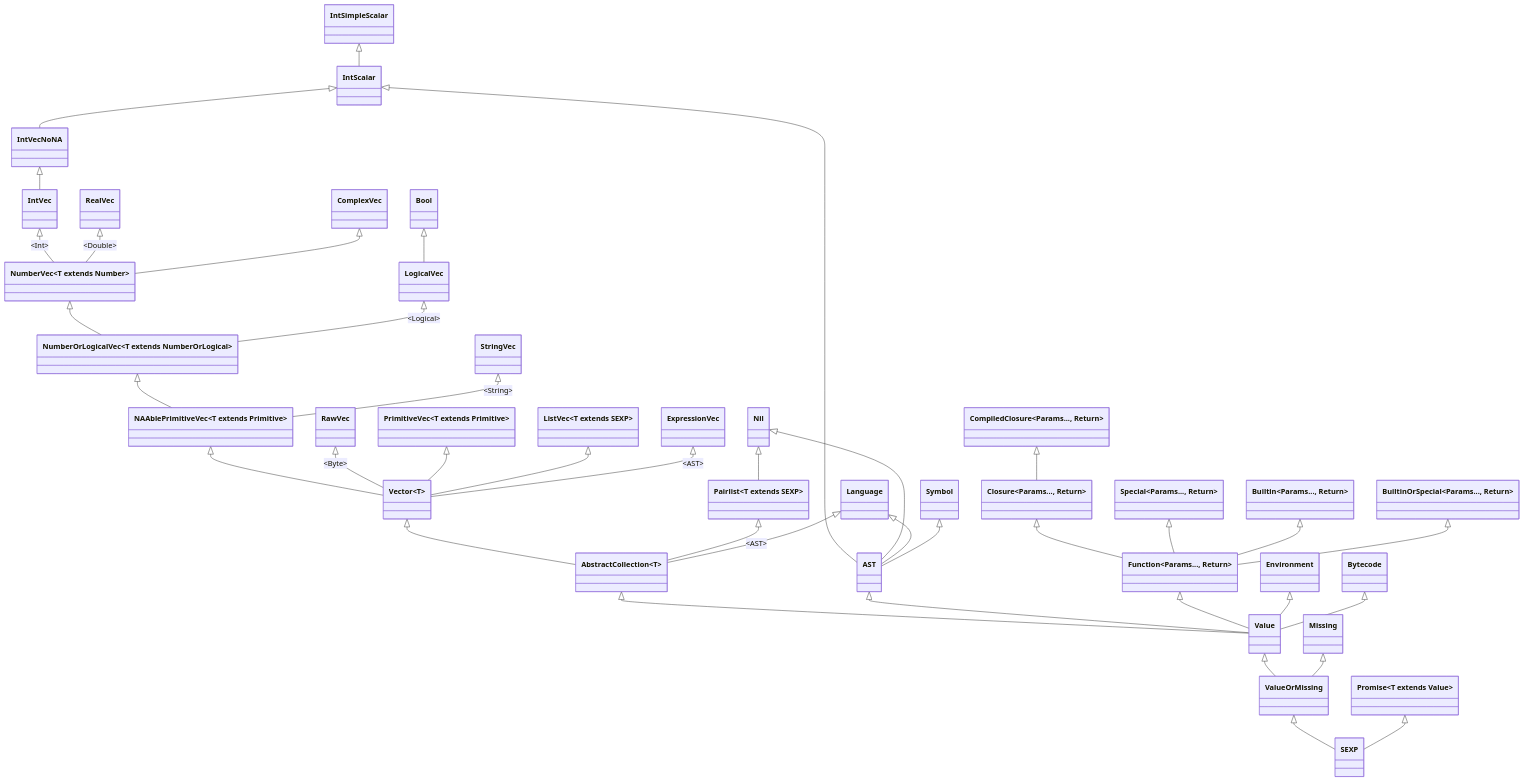
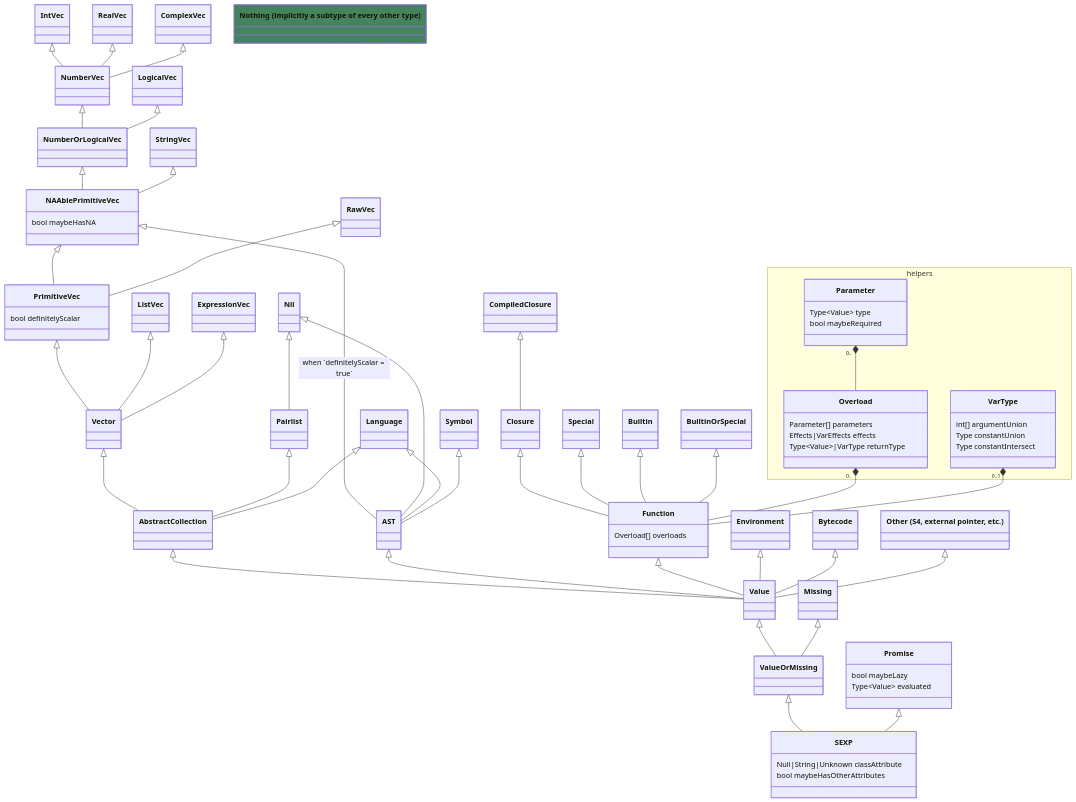
The second of 2 diagrams in doc/ir-spec.md (PRL-PRG/r-compile-server), drawn with Mermaid before and after one commit. The commit also changed other lines of this file and 1 other file, not shown here.

````diff
--- a/doc/ir-spec.md
+++ b/doc/ir-spec.md
@@ -180,64 +180,87 @@
 ```mermaid
 classDiagram
-    class Bool
-    class IntSimpleScalar
-    class IntScalar
-    class IntVecNoNA
     class IntVec
     class RealVec
     class ComplexVec
-    class NumberVec~T extends Number~
+    class Nothing["Nothing (implicitly a subtype of every other type)"]
+    style Nothing fill:#448260
+    class NumberVec
     class LogicalVec
-    class NumberOrLogicalVec~T extends NumberOrLogical~
+    class NumberOrLogicalVec
     class StringVec
-    class NAAblePrimitiveVec~T extends Primitive~
+    class NAAblePrimitiveVec {
+        bool maybeHasNA
+    }
     class RawVec
-    class PrimitiveVec~T extends Primitive~
-    class ListVec~T extends SEXP~
+    class PrimitiveVec {
+        bool definitelyScalar
+    }
+    class ListVec
     class ExpressionVec
-    class Vector~T~
+    class Vector
     class Nil
-    class Pairlist~T extends SEXP~
+    class Pairlist
     class Language
-    class AbstractCollection~T~
+    class AbstractCollection
     class Symbol
     class AST
-    class CompiledClosure~Params..., Return~
-    class Closure~Params..., Return~
-    class Builtin~Params..., Return~
-    class Special~Params..., Return~
-    class BuiltinOrSpecial~Params..., Return~
-    class Function~Params..., Return~
+    class CompiledClosure
+    class Closure
+    class Builtin
+    class Special
+    class BuiltinOrSpecial
+    class Function {
+        Overload[] overloads
+    }
     class Environment
     class Bytecode
+    class Other["Other (S4, external pointer, etc.)"]
     class Value
     class Missing
     class ValueOrMissing
-    class Promise~T extends Value~
-    class SEXP
+    class Promise {
+        bool maybeLazy
+        Type~Value~ evaluated
+    }
+    class SEXP {
+        Null|String|Unknown classAttribute
+        bool maybeHasOtherAttributes
+    }
+    namespace helpers {
+        class Overload {
+            Parameter[] parameters
+            Effects|VarEffects effects
+            Type~Value~|VarType returnType
+        }
+        class Parameter {
+            Type~Value~ type
+            bool maybeRequired
+        }
+        class VarType {
+            int[] argumentUnion
+            Type constantUnion
+            Type constantIntersect
+        }
+    }
 
-    Bool <|-- LogicalVec
-    IntSimpleScalar <|-- IntScalar
-    IntScalar <|-- IntVecNoNA
-    IntVecNoNA <|-- IntVec
-    IntVec <|-- NumberVec : &ltInt&gt
-    RealVec <|-- NumberVec : &ltDouble&gt
+    IntVec <|-- NumberVec
+    RealVec <|-- NumberVec
     ComplexVec <|-- NumberVec
     NumberVec <|-- NumberOrLogicalVec
-    LogicalVec <|-- NumberOrLogicalVec : &ltLogical&gt
+    LogicalVec <|-- NumberOrLogicalVec
     NumberOrLogicalVec <|-- NAAblePrimitiveVec
-    StringVec <|-- NAAblePrimitiveVec : &ltString&gt
-    NAAblePrimitiveVec <|-- Vector
-    RawVec <|-- Vector : &ltByte&gt
+    StringVec <|-- NAAblePrimitiveVec
+    NAAblePrimitiveVec <|-- PrimitiveVec
+    RawVec <|-- PrimitiveVec
     PrimitiveVec <|-- Vector
     ListVec <|-- Vector
-    ExpressionVec <|-- Vector : &ltAST&gt
+    ExpressionVec <|-- Vector
     Vector <|-- AbstractCollection
     Nil <|-- Pairlist
     Pairlist <|-- AbstractCollection
-    Language <|-- AbstractCollection : &ltAST&gt
+    Language <|-- AbstractCollection
     AbstractCollection <|-- Value
-    IntScalar <|-- AST
+    NAAblePrimitiveVec <|-- AST : when `definitelyScalar = true`
     Nil <|-- AST
     Language <|-- AST
     Symbol <|-- AST
@@ -250,9 +273,13 @@
     Function <|-- Value
     Environment <|-- Value
     Bytecode <|-- Value
+    Other <|-- Value
     Value <|-- ValueOrMissing
     Missing <|-- ValueOrMissing
     ValueOrMissing <|-- SEXP
     Promise <|-- SEXP
+    Overload "0.." *-- Function
+    VarType "0..1" *-- Function
+    Parameter "0.." *-- Overload
 
 ```
````
